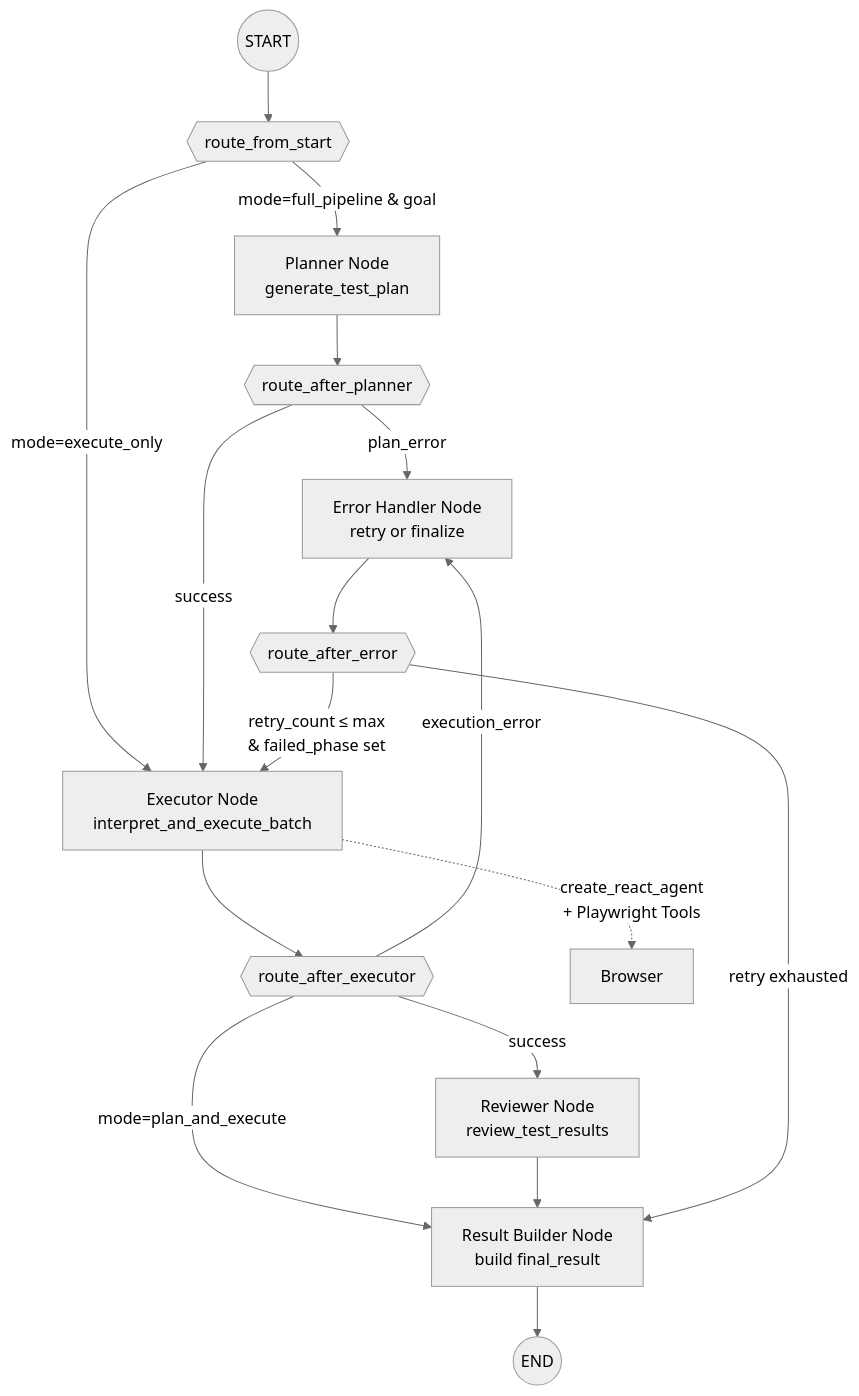
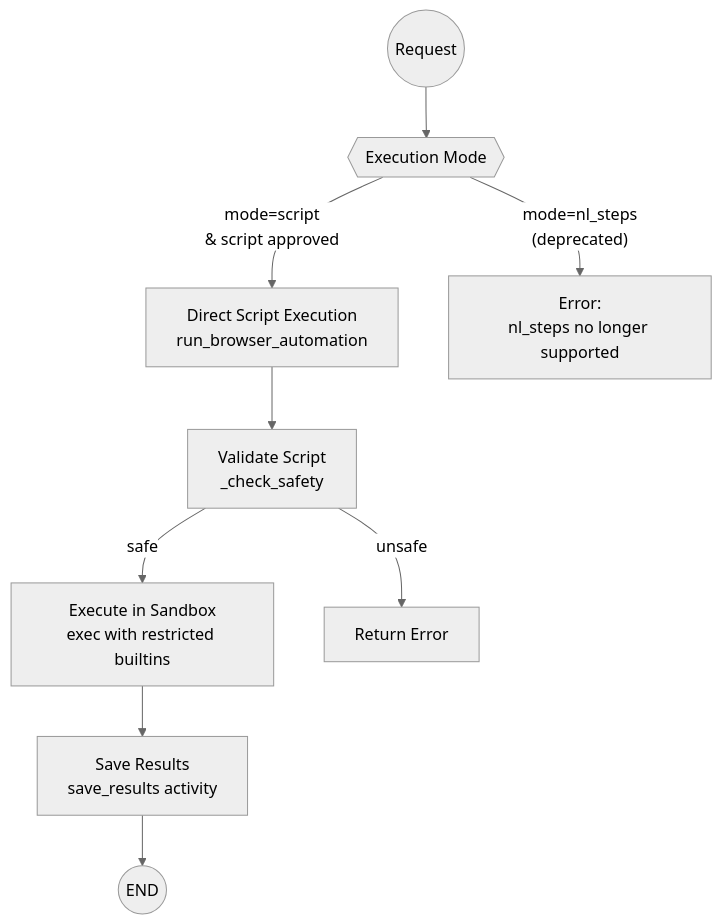
One commit to fanqingsong/deepagent-test-runner changed the diagram in .claude/rules/test-execution.md. Above: the diagram before and after it, drawn with Mermaid (neutral theme). The commit also changed other lines of this file and 83 other files, not shown here.

````diff
--- a/.claude/rules/test-execution.md
+++ b/.claude/rules/test-execution.md
@@ -17,26 +16,14 @@
 ```mermaid
 flowchart TD
-    START((START)) --> route_from_start{{route_from_start}}
+    START((Request)) --> Mode{{Execution Mode}}
 
-    route_from_start -->|"mode=full_pipeline & goal"| planner_node
-    route_from_start -->|"mode=execute_only"| executor_node
+    Mode -->|"mode=script<br/>& script approved"| DirectExec[Direct Script Execution<br/>run_browser_automation]
+    Mode -->|"mode=nl_steps<br/>(deprecated)"| Error[Error:<br/>nl_steps no longer supported]
 
-    planner_node[Planner Node<br/>generate_test_plan] --> route_after_planner{{route_after_planner}}
-    route_after_planner -->|"plan_error"| error_handler_node
-    route_after_planner -->|"success"| executor_node
+    DirectExec --> Validate[Validate Script<br/>_check_safety]
+    Validate -->|"safe"| Exec[Execute in Sandbox<br/>exec with restricted builtins]
+    Validate -->|"unsafe"| Fail[Return Error]
 
-    executor_node[Executor Node<br/>interpret_and_execute_batch] --> route_after_executor{{route_after_executor}}
-    route_after_executor -->|"execution_error"| error_handler_node
-    route_after_executor -->|"mode=plan_and_execute"| result_builder_node
-    route_after_executor -->|"success"| reviewer_node
-
-    reviewer_node[Reviewer Node<br/>review_test_results] --> result_builder_node
-
-    error_handler_node[Error Handler Node<br/>retry or finalize] --> route_after_error{{route_after_error}}
-    route_after_error -->|"retry_count ≤ max<br/>& failed_phase set"| executor_node
-    route_after_error -->|"retry exhausted"| result_builder_node
-
-    result_builder_node[Result Builder Node<br/>build final_result] --> END((END))
-
-    executor_node -.->|"create_react_agent<br/>+ Playwright Tools"| Browser[Browser]
+    Exec --> Save[Save Results<br/>save_results activity]
+    Save --> END((END))
 ```
````
